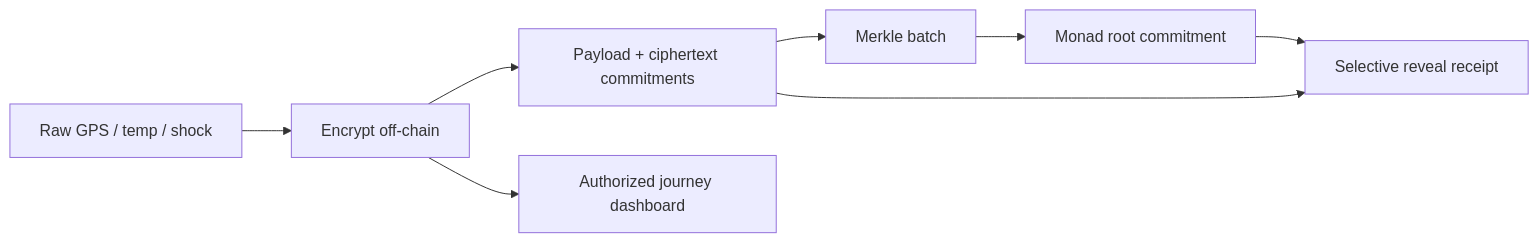
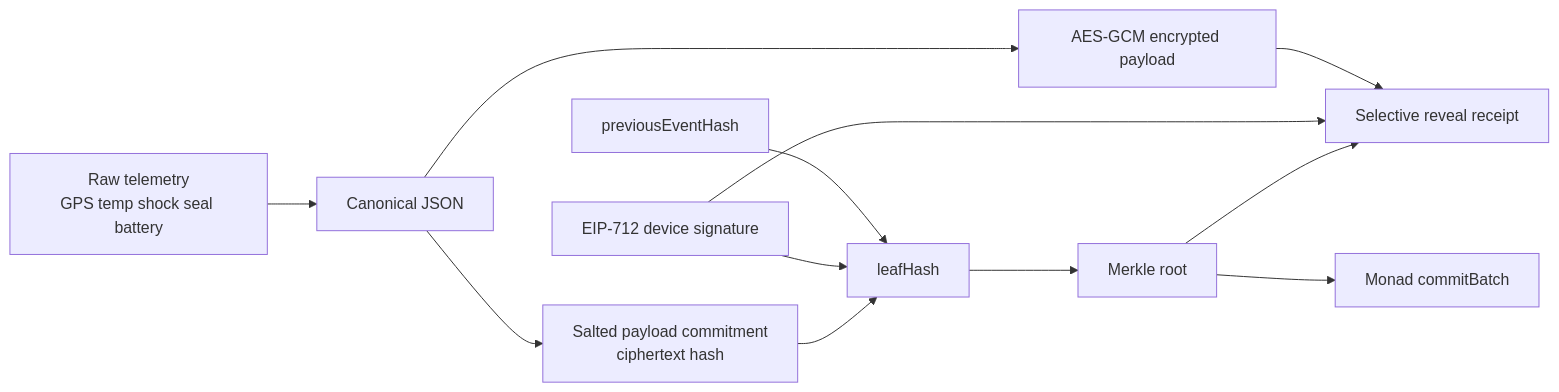
One commit to roshaninfordham/monad-sentinel changed the third of 6 diagrams in README.md. Above: the diagram before and after it, drawn with Mermaid. The commit also changed other lines of this file and 22 other files, not shown here.

Commit message:
docs: refresh architecture docs and screenshots

````diff
--- a/README.md
+++ b/README.md
@@ -49,10 +128,25 @@
 ```mermaid
 flowchart LR
-  Raw[Raw GPS / temp / shock] --> Encrypt[Encrypt off-chain]
-  Encrypt --> Hash[Payload + ciphertext commitments]
-  Hash --> Merkle[Merkle batch]
-  Merkle --> Monad[Monad root commitment]
-  Encrypt --> Dashboard[Authorized journey dashboard]
-  Monad --> Receipt[Selective reveal receipt]
-  Hash --> Receipt
+  Raw[Raw telemetry<br/>GPS temp shock seal battery]
+  Canon[Canonical JSON]
+  Encrypt[AES-GCM encrypted payload]
+  Commit[Salted payload commitment<br/>ciphertext hash]
+  Sign[EIP-712 device signature]
+  Chain[previousEventHash]
+  Leaf[leafHash]
+  Merkle[Merkle root]
+  Monad[Monad commitBatch]
+  Receipt[Selective reveal receipt]
+
+  Raw --> Canon
+  Canon --> Encrypt
+  Canon --> Commit
+  Commit --> Leaf
+  Sign --> Leaf
+  Chain --> Leaf
+  Leaf --> Merkle
+  Merkle --> Monad
+  Merkle --> Receipt
+  Sign --> Receipt
+  Encrypt --> Receipt
 ```
````
